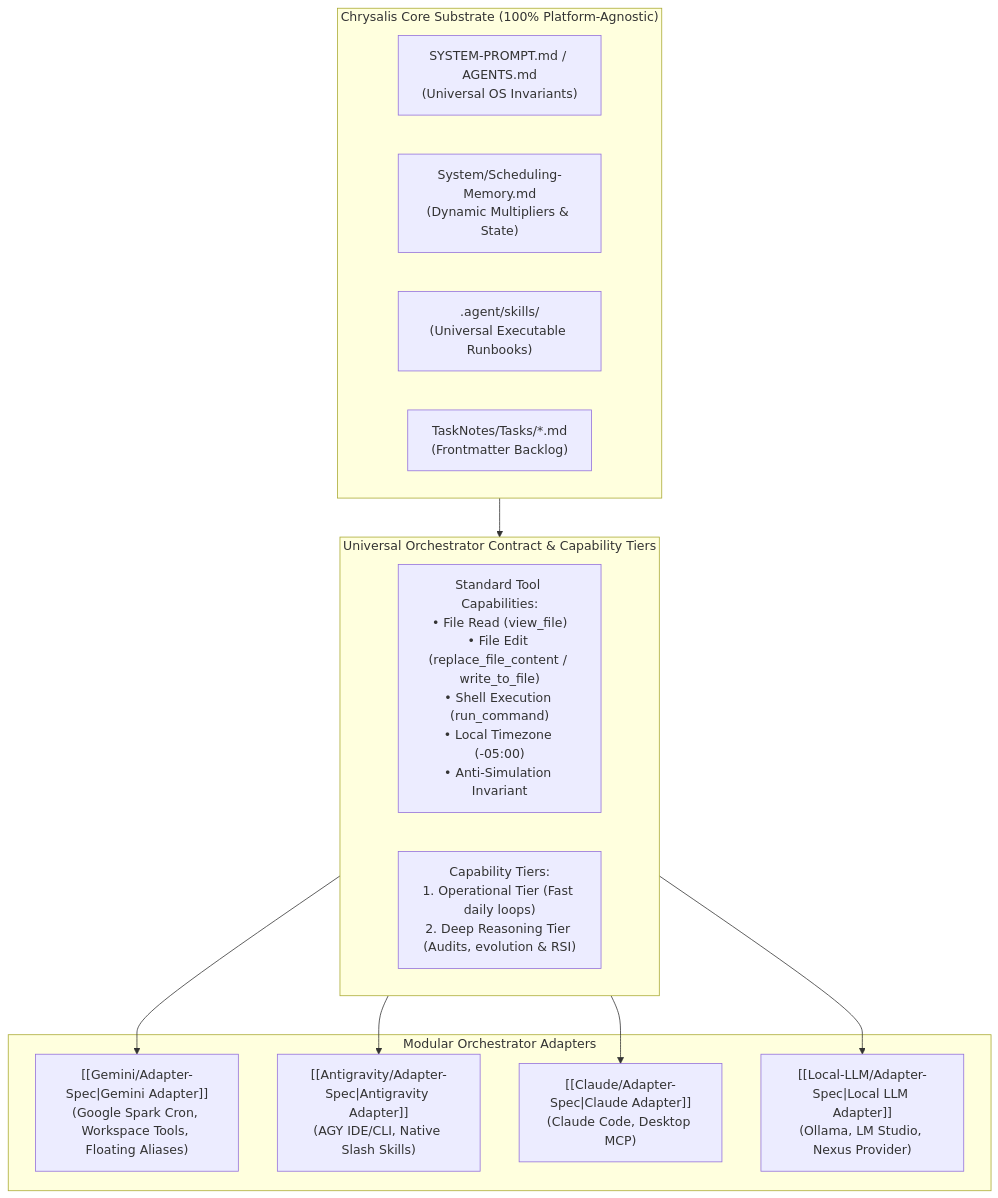
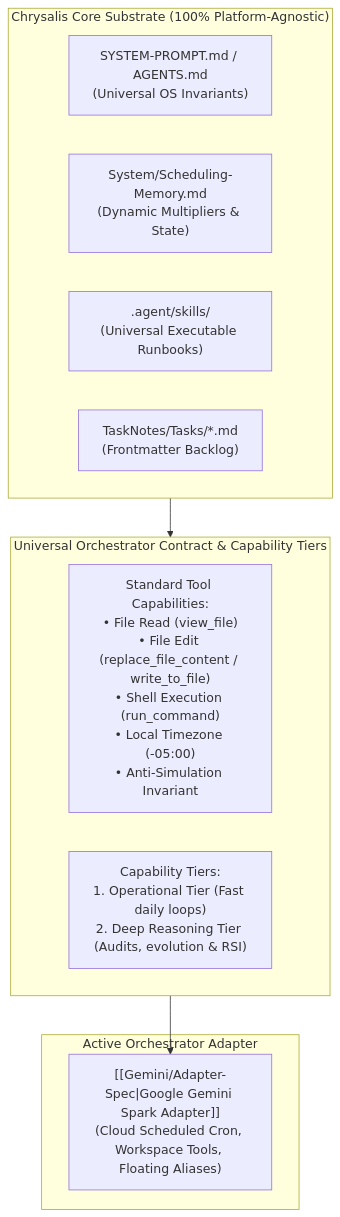
Before and after one commit to tama-gucci/chrysalis: the diagram in System/Orchestrators/README.md, drawn with Mermaid. The commit also changed other lines of this file and 8 other files, not shown here.

````diff
--- a/System/Orchestrators/README.md
+++ b/System/Orchestrators/README.md
@@ -19,27 +19,21 @@
 ```mermaid
 graph TD
     subgraph Substrate ["Chrysalis Core Substrate (100% Platform-Agnostic)"]
         Constitution["SYSTEM-PROMPT.md / AGENTS.md<br/>(Universal OS Invariants)"]
         Memory["System/Scheduling-Memory.md<br/>(Dynamic Multipliers & State)"]
         Skills[".agent/skills/<br/>(Universal Executable Runbooks)"]
         Tasks["TaskNotes/Tasks/*.md<br/>(Frontmatter Backlog)"]
     end
 
     subgraph Contract ["Universal Orchestrator Contract & Capability Tiers"]
         ContractSpec["Standard Tool Capabilities:<br/>• File Read (view_file)<br/>• File Edit (replace_file_content / write_to_file)<br/>• Shell Execution (run_command)<br/>• Local Timezone (-05:00)<br/>• Anti-Simulation Invariant"]
         Tiers["Capability Tiers:<br/>1. Operational Tier (Fast daily loops)<br/>2. Deep Reasoning Tier (Audits, evolution & RSI)"]
     end
 
-    subgraph Adapters ["Modular Orchestrator Adapters"]
-        Gemini["[[Gemini/Adapter-Spec|Gemini Adapter]]<br/>(Google Spark Cron, Workspace Tools, Floating Aliases)"]
-        Antigravity["[[Antigravity/Adapter-Spec|Antigravity Adapter]]<br/>(AGY IDE/CLI, Native Slash Skills)"]
-        Claude["[[Claude/Adapter-Spec|Claude Adapter]]<br/>(Claude Code, Desktop MCP)"]
-        LocalLLM["[[Local-LLM/Adapter-Spec|Local LLM Adapter]]<br/>(Ollama, LM Studio, Nexus Provider)"]
+    subgraph ActiveAdapter ["Active Orchestrator Adapter"]
+        Gemini["[[Gemini/Adapter-Spec|Google Gemini Spark Adapter]]<br/>(Cloud Scheduled Cron, Workspace Tools, Floating Aliases)"]
     end
 
     Substrate --> Contract
     Contract --> Gemini
-    Contract --> Antigravity
-    Contract --> Claude
-    Contract --> LocalLLM
 ```
````
